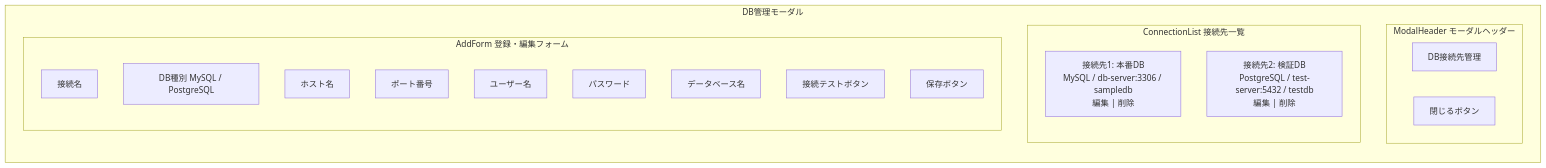
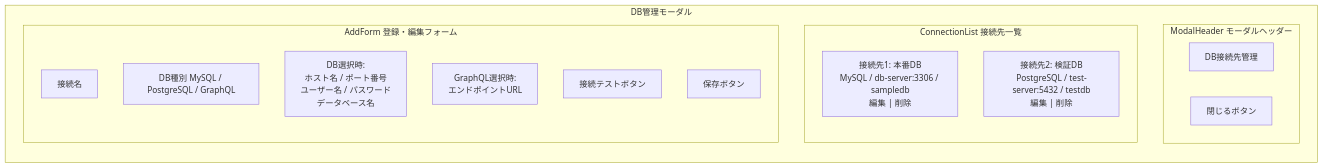
One commit to okegawaatclink/gaido-dataagent changed the third of 4 diagrams in ai_generated/requirements/screens.md. Above: the diagram before and after it, drawn with Mermaid. The commit also changed other lines of this file and 4 other files, not shown here.

First line of the commit message:
docs(requirements): add GraphQL connection support requirements (v1.1)

````diff
--- a/ai_generated/requirements/screens.md
+++ b/ai_generated/requirements/screens.md
@@ -75,30 +75,27 @@
 ```mermaid
 flowchart TB
     subgraph "DB管理モーダル"
         direction TB
 
         subgraph "ModalHeader モーダルヘッダー"
             ModalTitle["DB接続先管理"]
             CloseBtn["閉じるボタン"]
         end
 
         subgraph "ConnectionList 接続先一覧"
             direction TB
             Conn1["接続先1: 本番DB<br>MySQL / db-server:3306 / sampledb<br>編集 | 削除"]
             Conn2["接続先2: 検証DB<br>PostgreSQL / test-server:5432 / testdb<br>編集 | 削除"]
         end
 
         subgraph "AddForm 登録・編集フォーム"
             direction TB
             FormName["接続名"]
-            FormType["DB種別 MySQL / PostgreSQL"]
-            FormHost["ホスト名"]
-            FormPort["ポート番号"]
-            FormUser["ユーザー名"]
-            FormPass["パスワード"]
-            FormDB["データベース名"]
+            FormType["DB種別 MySQL / PostgreSQL / GraphQL"]
+            FormDBFields["DB選択時:<br>ホスト名 / ポート番号<br>ユーザー名 / パスワード<br>データベース名"]
+            FormGQLFields["GraphQL選択時:<br>エンドポイントURL"]
             TestBtn["接続テストボタン"]
             SaveBtn["保存ボタン"]
         end
     end
 ```
````
